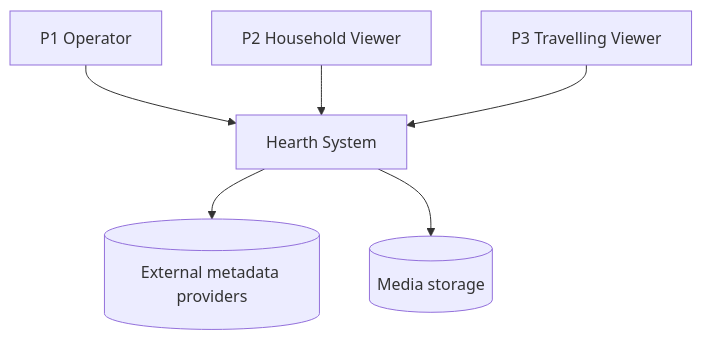
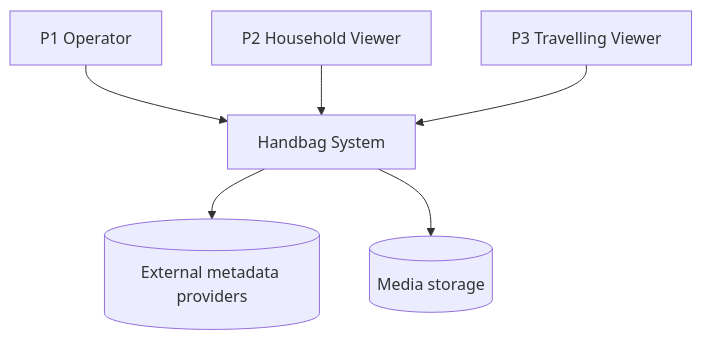
The diagram in docs/architecture/README.md (mechanus/handbag), drawn with Mermaid before and after one commit. The commit also changed other lines of this file and 2 other files, not shown here.

Commit message:
chore: rename project hearth -> handbag
Update in-repo references (README title, architecture context diagram,
discussions link) to match the renamed GitHub repo.

````diff
--- a/docs/architecture/README.md
+++ b/docs/architecture/README.md
@@ -9,8 +9,8 @@
 ```mermaid
 graph TD
-    Operator[P1 Operator] --> Hearth
-    Viewer[P2 Household Viewer] --> Hearth
-    Traveller[P3 Travelling Viewer] --> Hearth
-    Hearth[Hearth System] --> MetaProviders[(External metadata providers)]
-    Hearth --> Storage[(Media storage)]
+    Operator[P1 Operator] --> Handbag
+    Viewer[P2 Household Viewer] --> Handbag
+    Traveller[P3 Travelling Viewer] --> Handbag
+    Handbag[Handbag System] --> MetaProviders[(External metadata providers)]
+    Handbag --> Storage[(Media storage)]
 ```
````
